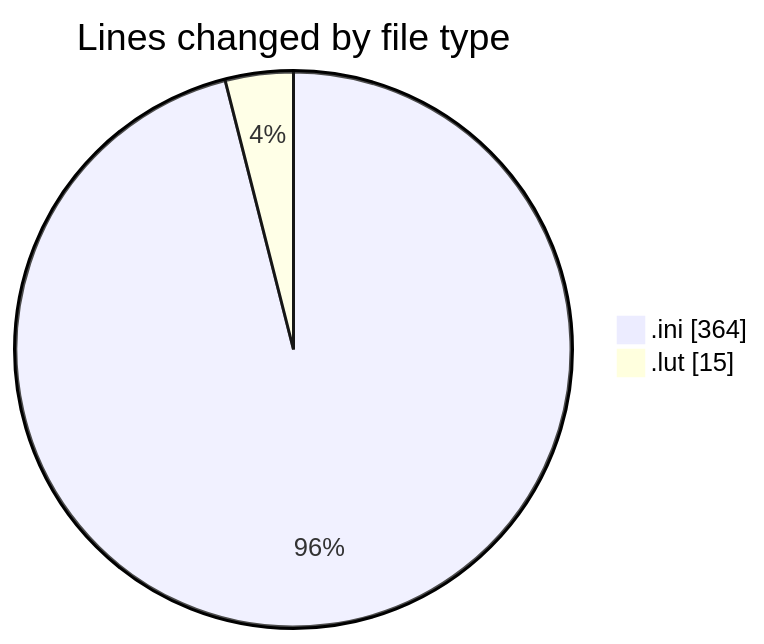
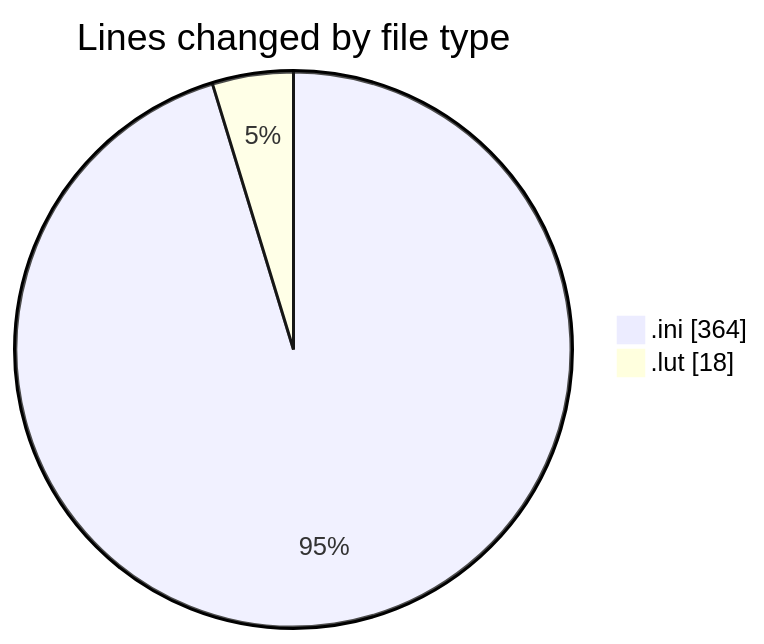
One commit to Netris89/code-tracking changed the first of 2 diagrams in 2025-07-09/data/README.md. Above: the diagram before and after it, drawn with Mermaid. The commit also changed other lines of this file and 1 other file, not shown here.

````diff
--- a/2025-07-09/data/README.md
+++ b/2025-07-09/data/README.md
@@ -21,6 +21,6 @@
 ```mermaid
 pie showData
 title Lines changed by file type
 ".ini" : 364
-".lut" : 15
+".lut" : 18
 ```
````
